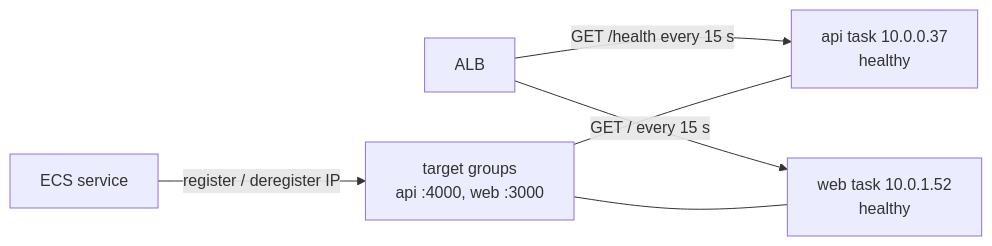
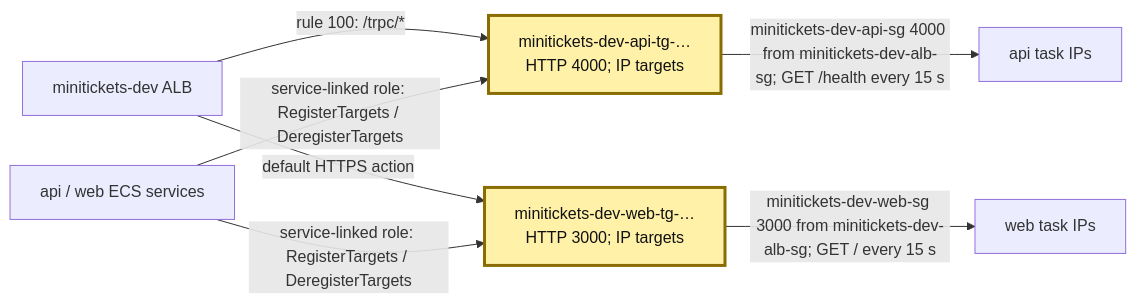
One commit to maheshnd/minitickets changed the first of 2 diagrams in docs/handbook/concepts/target-groups.md. Above: the diagram before and after it, drawn with Mermaid. The commit also changed other lines of this file and 43 other files, not shown here.

````diff
--- a/docs/handbook/concepts/target-groups.md
+++ b/docs/handbook/concepts/target-groups.md
@@ -19,8 +14,11 @@
 ```mermaid
 flowchart LR
-    alb["ALB"] -->|"GET /health every 15 s"| a["api task 10.0.0.37<br/>healthy"]
-    alb -->|"GET / every 15 s"| w["web task 10.0.1.52<br/>healthy"]
-    ecs["ECS service"] -->|"register / deregister IP"| tg["target groups<br/>api :4000, web :3000"]
-    tg --- a
-    tg --- w
+    alb["minitickets-dev ALB"] -->|"rule 100: /trpc/*"| atg["minitickets-dev-api-tg-…<br/>HTTP 4000; IP targets"]
+    alb -->|"default HTTPS action"| wtg["minitickets-dev-web-tg-…<br/>HTTP 3000; IP targets"]
+    ecs["api / web ECS services"] -->|"service-linked role: RegisterTargets / DeregisterTargets"| atg
+    ecs -->|"service-linked role: RegisterTargets / DeregisterTargets"| wtg
+    atg -->|"minitickets-dev-api-sg 4000 from minitickets-dev-alb-sg; GET /health every 15 s"| api["api task IPs"]
+    wtg -->|"minitickets-dev-web-sg 3000 from minitickets-dev-alb-sg; GET / every 15 s"| web["web task IPs"]
+    classDef focus fill:#fff1a8,stroke:#8a6d00,stroke-width:3px,color:#111
+    class atg,wtg focus
 ```
````
